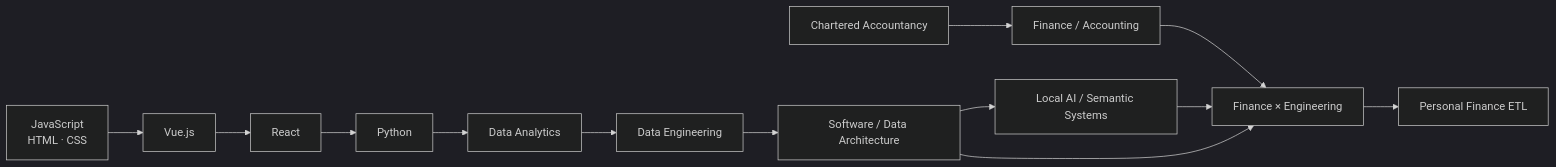
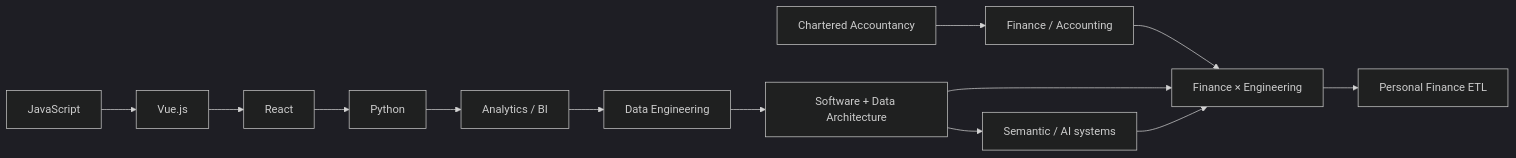
The first of 4 diagrams in docs/about/about-me.md (tks18/personal-finance-etl), drawn with Mermaid (dark theme) before and after one commit. The commit also changed other lines of this file, not shown here.

````diff
--- a/docs/about/about-me.md
+++ b/docs/about/about-me.md
@@ -15,17 +11,16 @@
 ```mermaid
 flowchart LR
-    WEB["JavaScript<br/>HTML · CSS"] --> VUE["Vue.js"]
+    JS["JavaScript"] --> VUE["Vue.js"]
     VUE --> REACT["React"]
     REACT --> PY["Python"]
-    PY --> DA["Data Analytics"]
-    DA --> DE["Data Engineering"]
-    DE --> ARCH["Software / Data Architecture"]
-    ARCH --> AI["Local AI / Semantic Systems"]
+    PY --> ANALYTICS["Analytics / BI"]
+    ANALYTICS --> DE["Data Engineering"]
+    DE --> ARCH["Software + Data Architecture"]
+    ARCH --> SEM["Semantic / AI systems"]
 
     CA["Chartered Accountancy"] --> FIN["Finance / Accounting"]
     FIN --> CROSS["Finance × Engineering"]
-
-    AI --> CROSS
     ARCH --> CROSS
+    SEM --> CROSS
     CROSS --> PF["Personal Finance ETL"]
 ```
````
